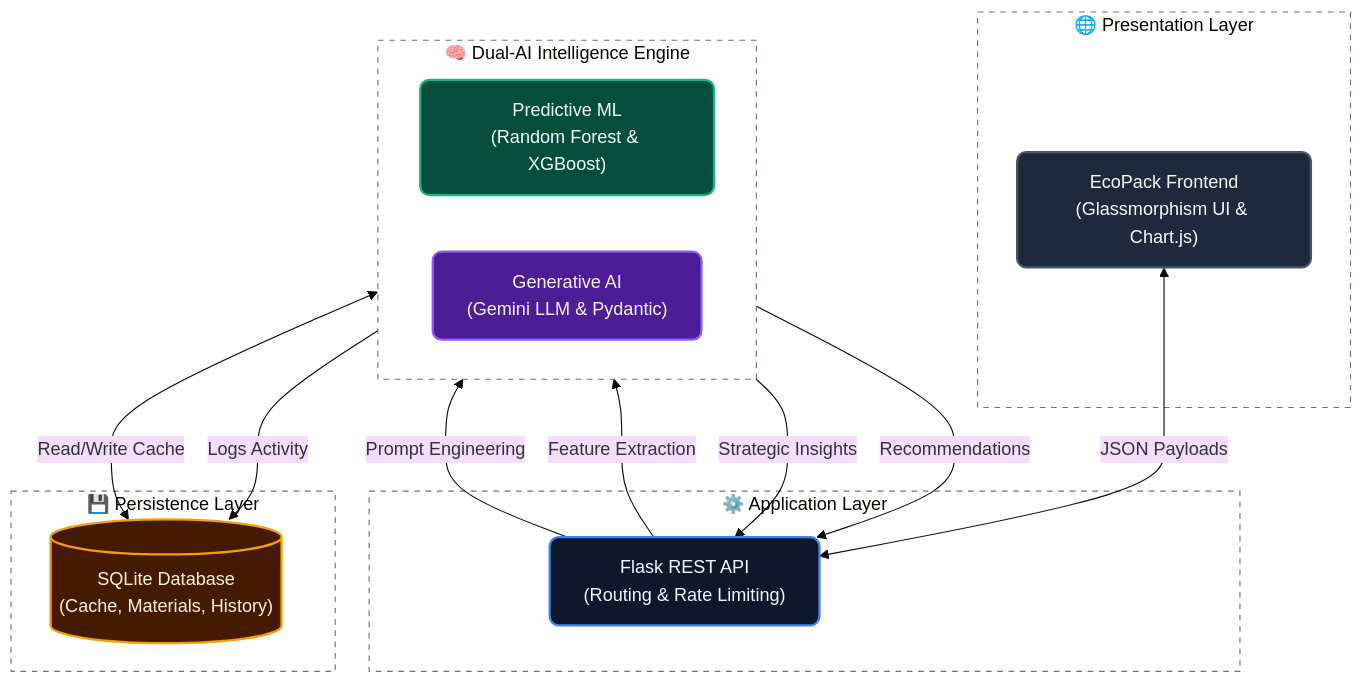
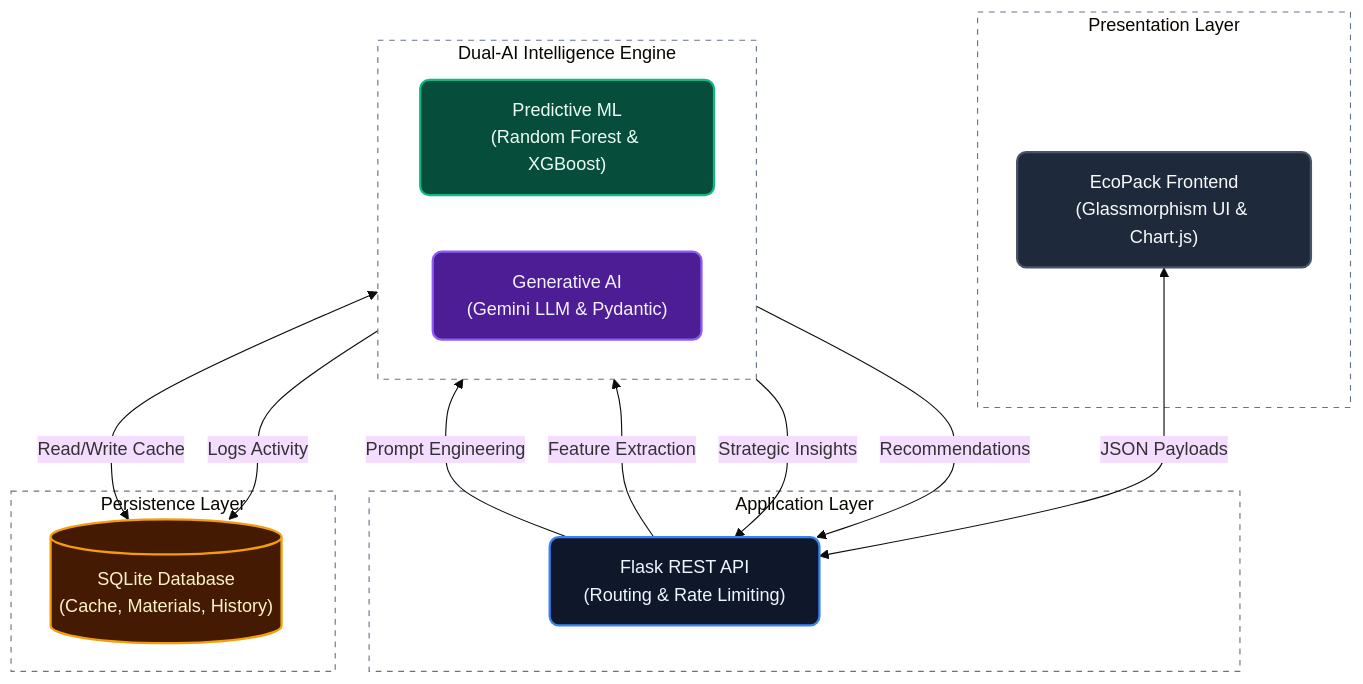
Before and after one commit to VIVEK-MARRI/ECO_PACK_AI: the diagram in README.md, drawn with Mermaid (base theme).

````diff
--- a/README.md
+++ b/README.md
@@ -69,41 +69,41 @@
 ```mermaid
 flowchart TB
     %% Premium Styling Classes
     classDef ui fill:#1E293B,stroke:#475569,stroke-width:2px,color:#F8FAFC,rx:8px,ry:8px;
     classDef api fill:#0F172A,stroke:#3B82F6,stroke-width:2px,color:#EFF6FF,rx:8px,ry:8px;
     classDef ml fill:#064E3B,stroke:#10B981,stroke-width:2px,color:#ECFDF5,rx:8px,ry:8px;
     classDef llm fill:#4C1D95,stroke:#8B5CF6,stroke-width:2px,color:#F5F3FF,rx:8px,ry:8px;
     classDef db fill:#451A03,stroke:#F59E0B,stroke-width:2px,color:#FEF3C7,rx:8px,ry:8px;
     classDef cluster fill:none,stroke:#64748B,stroke-width:1px,stroke-dasharray: 5 5;
 
-    subgraph UserInterface["🌐 Presentation Layer"]
+    subgraph UserInterface["Presentation Layer"]
         UI["EcoPack Frontend<br/>(Glassmorphism UI & Chart.js)"]:::ui
     end
 
-    subgraph BackendAPI["⚙️ Application Layer"]
+    subgraph BackendAPI["Application Layer"]
         API["Flask REST API<br/>(Routing & Rate Limiting)"]:::api
     end
 
-    subgraph IntelligenceEngine["🧠 Dual-AI Intelligence Engine"]
+    subgraph IntelligenceEngine["Dual-AI Intelligence Engine"]
         direction LR
         ML["Predictive ML<br/>(Random Forest & XGBoost)"]:::ml
         LLM["Generative AI<br/>(Gemini LLM & Pydantic)"]:::llm
     end
 
-    subgraph DataLayer["💾 Persistence Layer"]
+    subgraph DataLayer["Persistence Layer"]
         DB[("SQLite Database<br/>(Cache, Materials, History)")]:::db
     end
 
     %% Flow Connections
     UI <-->|JSON Payloads| API
     API -->|Feature Extraction| ML
     API -->|Prompt Engineering| LLM
     ML -->|Recommendations| API
     LLM -->|Strategic Insights| API
     
     ML -->|Logs Activity| DB
     LLM <-->|Read/Write Cache| DB
 
     %% Subgraph Styling Applications
     class UserInterface,BackendAPI,IntelligenceEngine,DataLayer cluster;
 ```
````
